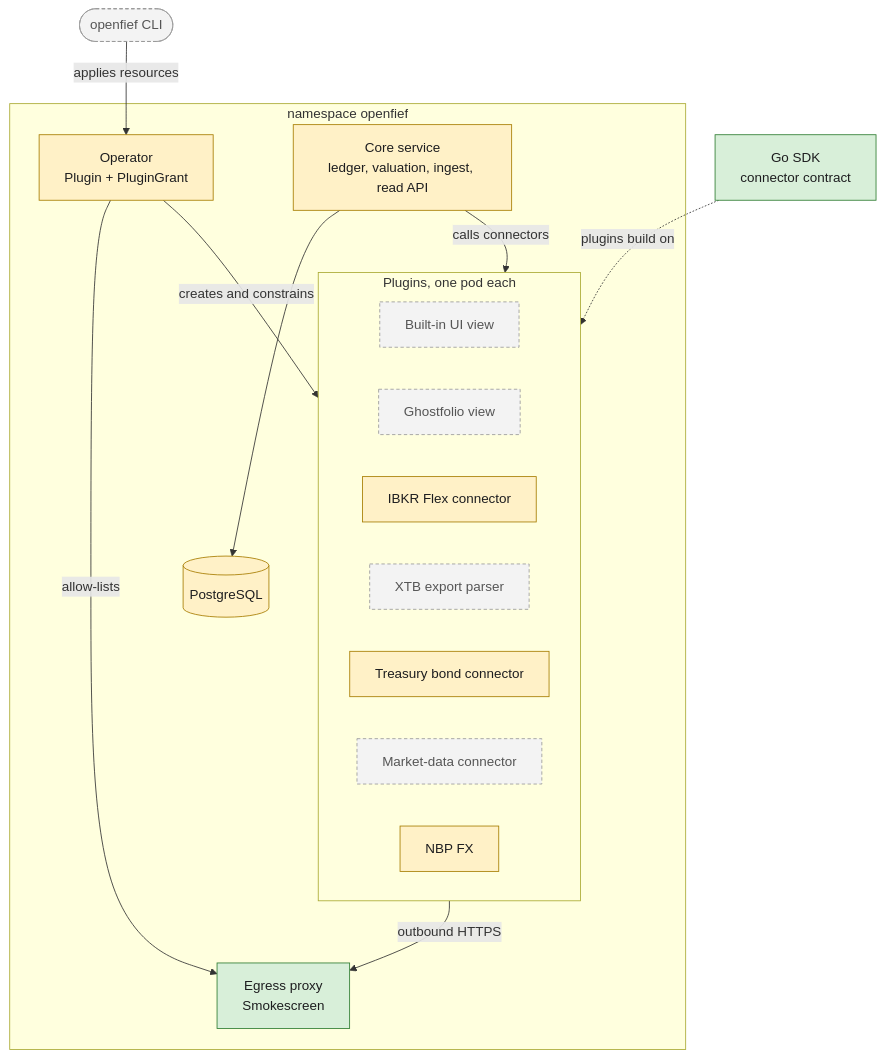
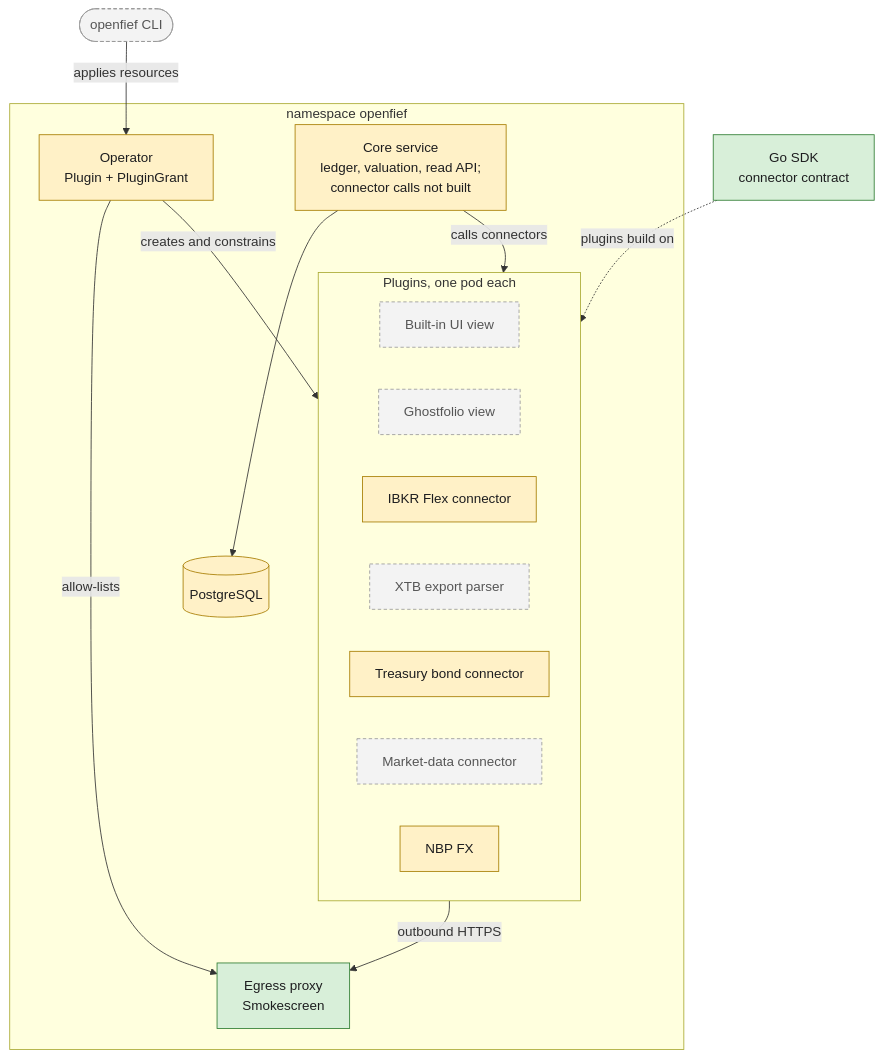
One commit to arkadiuss/openfief changed the second of 5 diagrams in docs/architecture.md. Above: the diagram before and after it, drawn with Mermaid. The commit also changed other lines of this file and 103 other files, not shown here.

````diff
--- a/docs/architecture.md
+++ b/docs/architecture.md
@@ -40,30 +40,30 @@
 ```mermaid
 flowchart TB
   classDef built fill:#d8efd9,stroke:#2f7d32,color:#1d1d1f
   classDef partial fill:#fff1c7,stroke:#a77d00,color:#1d1d1f
   classDef missing fill:#f3f3f3,stroke:#9a9a9a,color:#555,stroke-dasharray: 4 3
   cli(["openfief CLI"]):::missing
   subgraph ns["namespace openfief"]
     op["Operator<br/>Plugin + PluginGrant"]:::partial
     proxy["Egress proxy<br/>Smokescreen"]:::built
-    core["Core service<br/>ledger, valuation, ingest, read API"]:::partial
+    core["Core service<br/>ledger, valuation, read API;<br/>connector calls not built"]:::partial
     pg[("PostgreSQL")]:::partial
     subgraph plugins["Plugins, one pod each"]
       ui["Built-in UI view"]:::missing
       gfv["Ghostfolio view"]:::missing
       ibkrc["IBKR Flex connector"]:::partial
       xtb["XTB export parser"]:::missing
       bonds["Treasury bond connector"]:::partial
       mdc["Market-data connector"]:::missing
       nbpc["NBP FX"]:::partial
     end
   end
   sdk["Go SDK<br/>connector contract"]:::built
   sdk -. "plugins build on" .-> plugins
   cli -- "applies resources" --> op
   op -- "creates and constrains" --> plugins
   op -- "allow-lists" --> proxy
   core --> pg
   core -- "calls connectors" --> plugins
   plugins -- "outbound HTTPS" --> proxy
 ```
````
